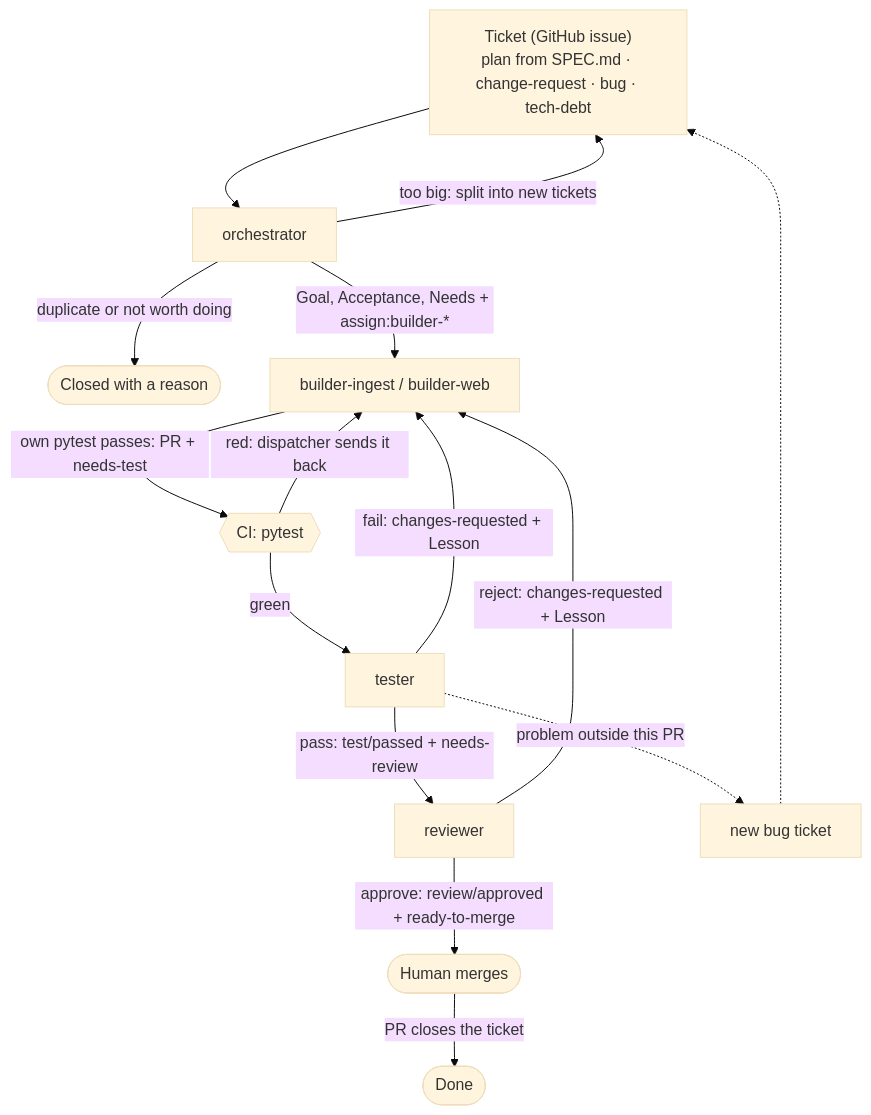
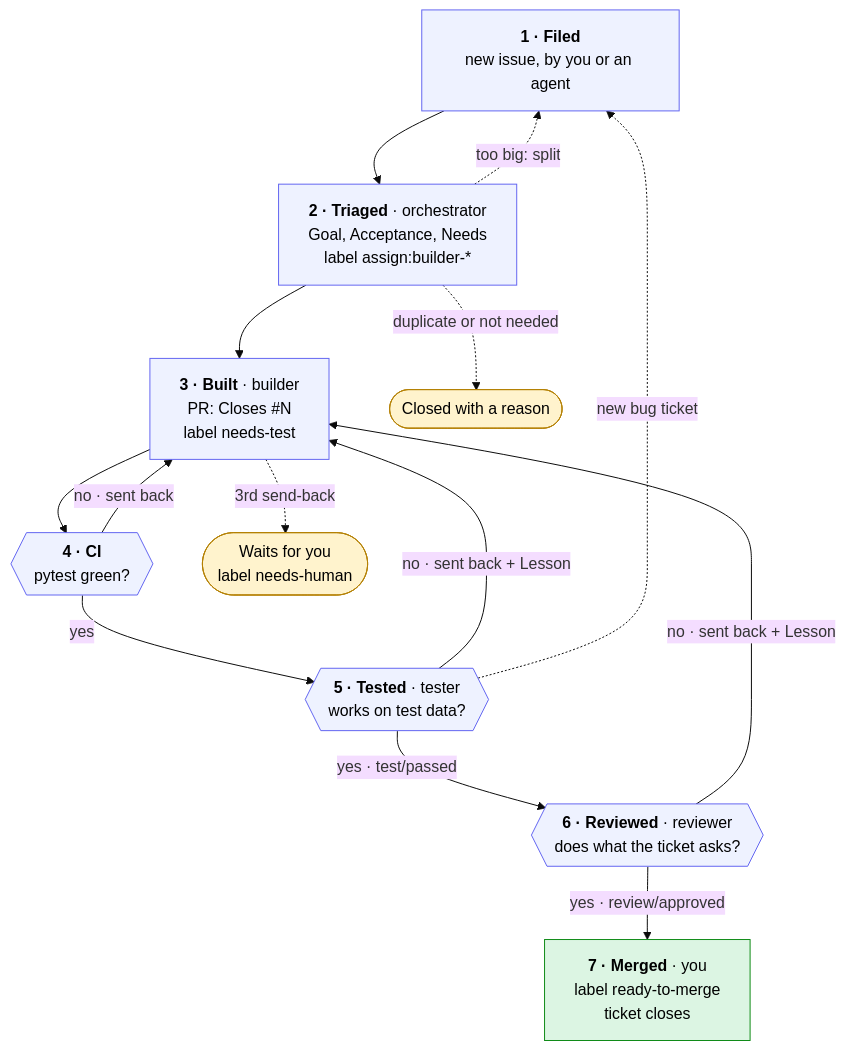
Before and after one commit to nikhil-kunapareddy/daily-briefing: the diagram in agents/WORKFLOW.md, drawn with Mermaid (base theme). The commit also changed other lines of this file, not shown here.

Commit message:
Redraw the ticket diagram as the seven steps of a ticket's life

````diff
--- a/agents/WORKFLOW.md
+++ b/agents/WORKFLOW.md
@@ -10,17 +11,33 @@
 ```mermaid
 flowchart TD
-  I["Ticket (GitHub issue)<br/>plan from SPEC.md · change-request · bug · tech-debt"] --> O[orchestrator]
-  O -->|"too big: split into new tickets"| I
-  O -->|"duplicate or not worth doing"| X([Closed with a reason])
-  O -->|"Goal, Acceptance, Needs + assign:builder-*"| B[builder-ingest / builder-web]
-  B -->|"own pytest passes: PR + needs-test"| CI{{"CI: pytest"}}
-  CI -->|"red: dispatcher sends it back"| B
-  CI -->|green| T[tester]
-  T -->|"fail: changes-requested + Lesson"| B
-  T -->|"pass: test/passed + needs-review"| R[reviewer]
-  R -->|"reject: changes-requested + Lesson"| B
-  R -->|"approve: review/approved + ready-to-merge"| H([Human merges])
-  H -->|"PR closes the ticket"| D([Done])
-  T -.->|"problem outside this PR"| BUG["new bug ticket"]
-  BUG -.-> I
+  S1["<b>1 · Filed</b><br/>new issue, by you or an agent"]
+  S2["<b>2 · Triaged</b> · orchestrator<br/>Goal, Acceptance, Needs<br/>label assign:builder-*"]
+  S3["<b>3 · Built</b> · builder<br/>PR: Closes #N<br/>label needs-test"]
+  S4{{"<b>4 · CI</b><br/>pytest green?"}}
+  S5{{"<b>5 · Tested</b> · tester<br/>works on test data?"}}
+  S6{{"<b>6 · Reviewed</b> · reviewer<br/>does what the ticket asks?"}}
+  S7["<b>7 · Merged</b> · you<br/>label ready-to-merge<br/>ticket closes"]
+  CLOSED(["Closed with a reason"])
+  HUMAN(["Waits for you<br/>label needs-human"])
+
+  S1 --> S2 --> S3 --> S4
+  S4 -->|yes| S5
+  S5 -->|"yes · test/passed"| S6
+  S6 -->|"yes · review/approved"| S7
+
+  S4 -->|"no · sent back"| S3
+  S5 -->|"no · sent back + Lesson"| S3
+  S6 -->|"no · sent back + Lesson"| S3
+
+  S2 -.->|"duplicate or not needed"| CLOSED
+  S2 -.->|"too big: split"| S1
+  S3 -.->|"3rd send-back"| HUMAN
+  S5 -.->|"new bug ticket"| S1
+
+  classDef step fill:#eef2ff,stroke:#6366f1,color:#000
+  classDef done fill:#dcf5e3,stroke:#0e8a16,color:#000
+  classDef side fill:#fff3cd,stroke:#b58105,color:#000
+  class S1,S2,S3,S4,S5,S6 step
+  class S7 done
+  class CLOSED,HUMAN side
 ```
````
